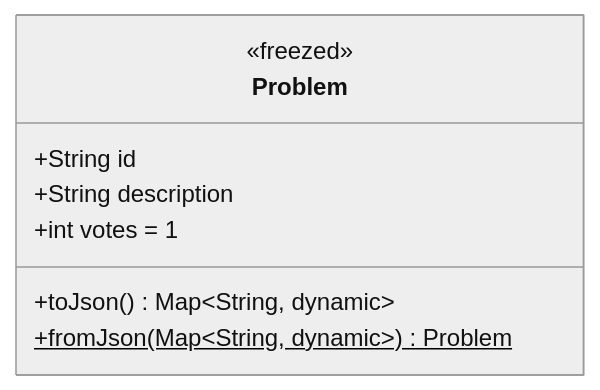
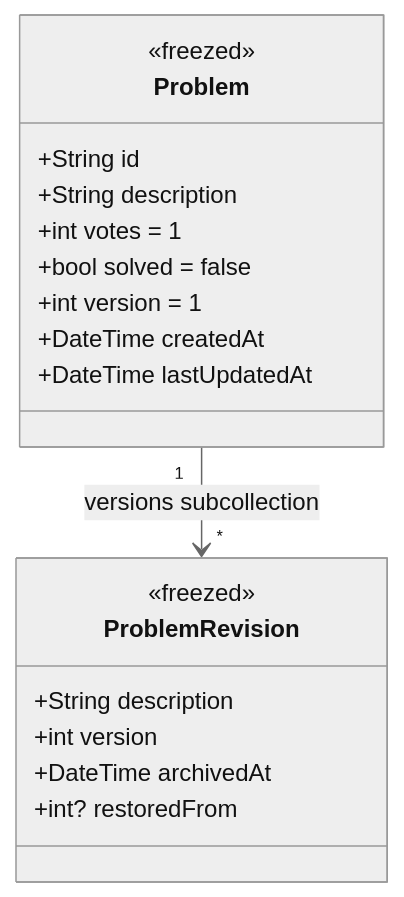
Before and after one commit to adsouza/votasq: the second of 9 diagrams in ARCHITECTURE.md, drawn with Mermaid (neutral theme). The commit also changed other lines of this file and 14 other files, not shown here.

````diff
--- a/ARCHITECTURE.md
+++ b/ARCHITECTURE.md
@@ -33,11 +33,23 @@
 ```mermaid
 classDiagram
     class Problem {
         <<freezed>>
         +String id
         +String description
         +int votes = 1
-        +toJson() Map~String, dynamic~
-        +fromJson(Map~String, dynamic~)$ Problem
+        +bool solved = false
+        +int version = 1
+        +DateTime createdAt
+        +DateTime lastUpdatedAt
     }
+
+    class ProblemRevision {
+        <<freezed>>
+        +String description
+        +int version
+        +DateTime archivedAt
+        +int? restoredFrom
+    }
+
+    Problem "1" --> "*" ProblemRevision : versions subcollection
 ```
````
